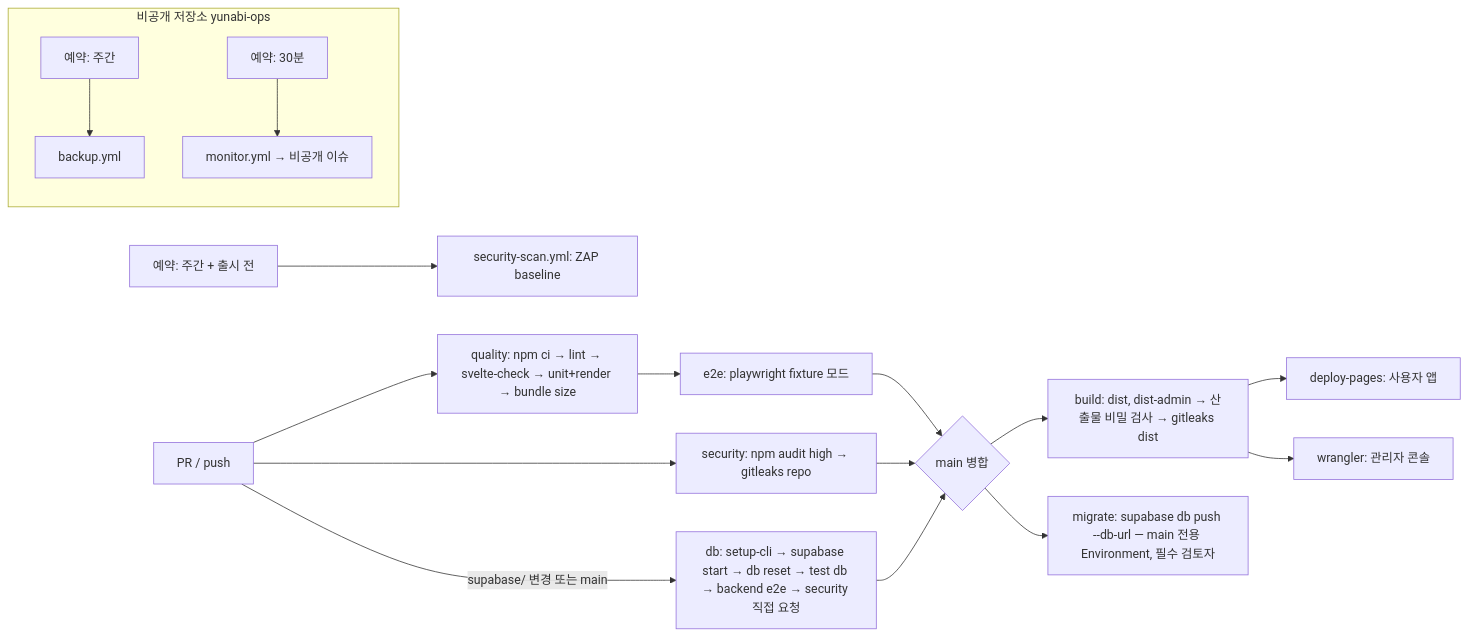
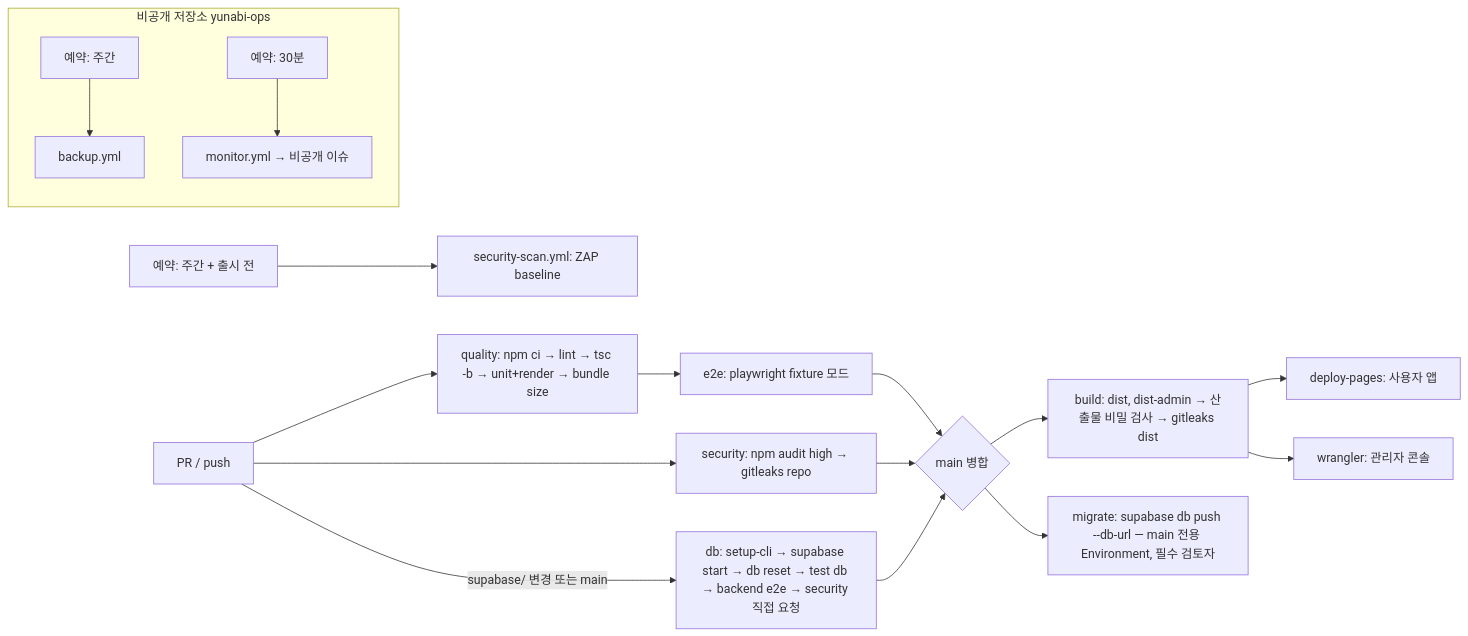
The ninth of 9 diagrams in docs/architecture/rfc/0003-yunabi-v2.md (underthesun7213/yui-board), drawn with Mermaid before and after one commit. The commit also changed other lines of this file and 9 other files, not shown here.

````diff
--- a/docs/architecture/rfc/0003-yunabi-v2.md
+++ b/docs/architecture/rfc/0003-yunabi-v2.md
@@ -819,17 +863,17 @@
 ```mermaid
 flowchart LR
-  PR[PR / push] --> Q[quality: npm ci → lint → svelte-check → unit+render → bundle size]
+  PR[PR / push] --> Q[quality: npm ci → lint → tsc -b → unit+render → bundle size]
   PR --> SEC[security: npm audit high → gitleaks repo]
   Q --> E2E[e2e: playwright fixture 모드]
   PR -->|supabase/ 변경 또는 main| DB[db: setup-cli → supabase start → db reset → test db → backend e2e → security 직접 요청]
   E2E & DB & SEC --> M{main 병합}
   M --> BUILD[build: dist, dist-admin → 산출물 비밀 검사 → gitleaks dist]
   BUILD --> PAGES[deploy-pages: 사용자 앱]
   BUILD --> CF[wrangler: 관리자 콘솔]
   M --> MIG[migrate: supabase db push --db-url — main 전용 Environment, 필수 검토자]
   CRON3[예약: 주간 + 출시 전] --> ZAP[security-scan.yml: ZAP baseline]
   subgraph OPS["비공개 저장소 yunabi-ops"]
     CRON1[예약: 주간] --> BK[backup.yml]
     CRON2[예약: 30분] --> MON[monitor.yml → 비공개 이슈]
   end
 ```
````
